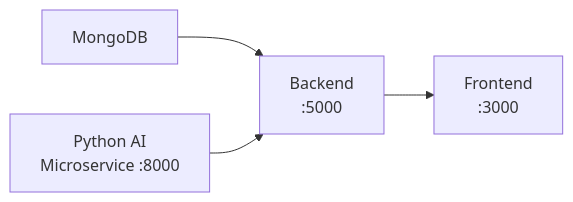
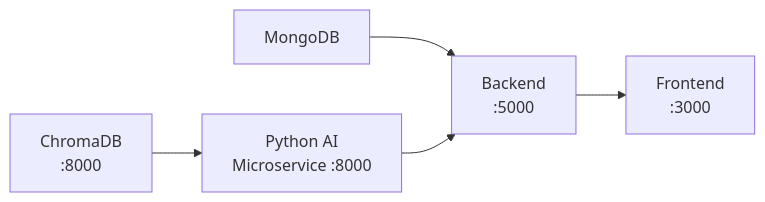
One commit to Ritesh151/ProManage-AI changed the second of 4 diagrams in README.md. Above: the diagram before and after it, drawn with Mermaid. The commit also changed other lines of this file and 70 other files, not shown here.

````diff
--- a/README.md
+++ b/README.md
@@ -599,6 +658,7 @@
 ```mermaid
 flowchart LR
     A[MongoDB] --> B[Backend<br/>:5000]
     C[Python AI<br/>Microservice :8000] --> B
-    B --> D[Frontend<br/>:3000]
+    D[ChromaDB<br/>:8000] --> C
+    B --> E[Frontend<br/>:3000]
 ```
````
